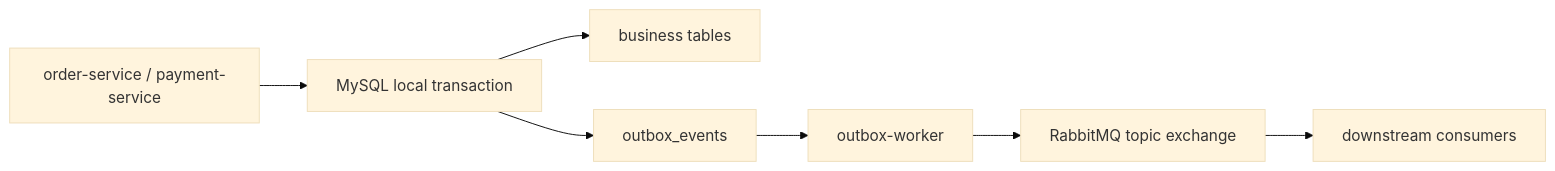
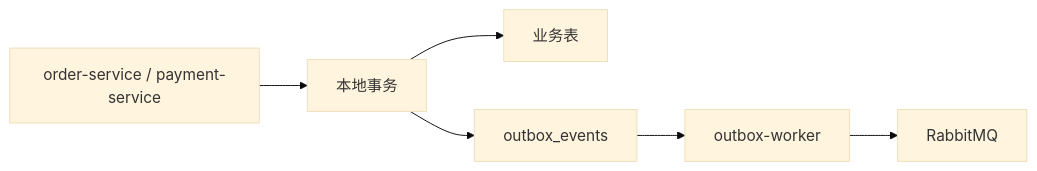
Before and after one commit to SymphonyW/Go-Commerce: the sixth of 7 diagrams in doc/TECHNICAL_DOCUMENT.md, drawn with Mermaid (base theme). The commit also changed other lines of this file and 7 other files, not shown here.

````diff
--- a/doc/TECHNICAL_DOCUMENT.md
+++ b/doc/TECHNICAL_DOCUMENT.md
@@ -409,9 +343,8 @@
 ```mermaid
 flowchart LR
-    A["order-service / payment-service"] --> B["MySQL local transaction"]
-    B --> C["business tables"]
-    B --> D["outbox_events"]
-    D --> E["outbox-worker"]
-    E --> F["RabbitMQ topic exchange"]
-    F --> G["downstream consumers"]
+    S["order-service / payment-service"] --> TX["本地事务"]
+    TX --> B["业务表"]
+    TX --> O["outbox_events"]
+    O --> W["outbox-worker"]
+    W --> MQ["RabbitMQ"]
 ```
````
